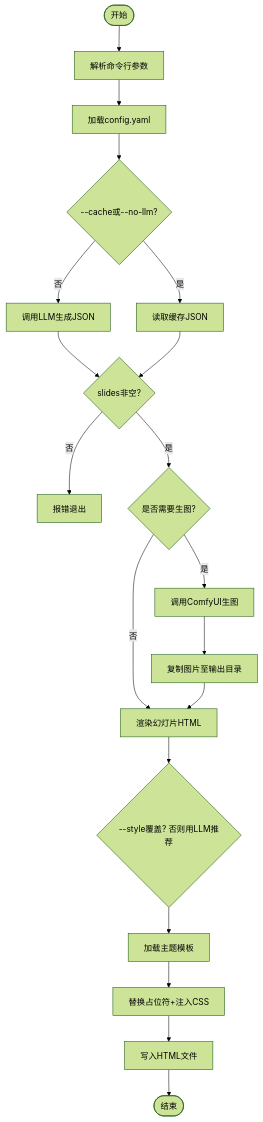
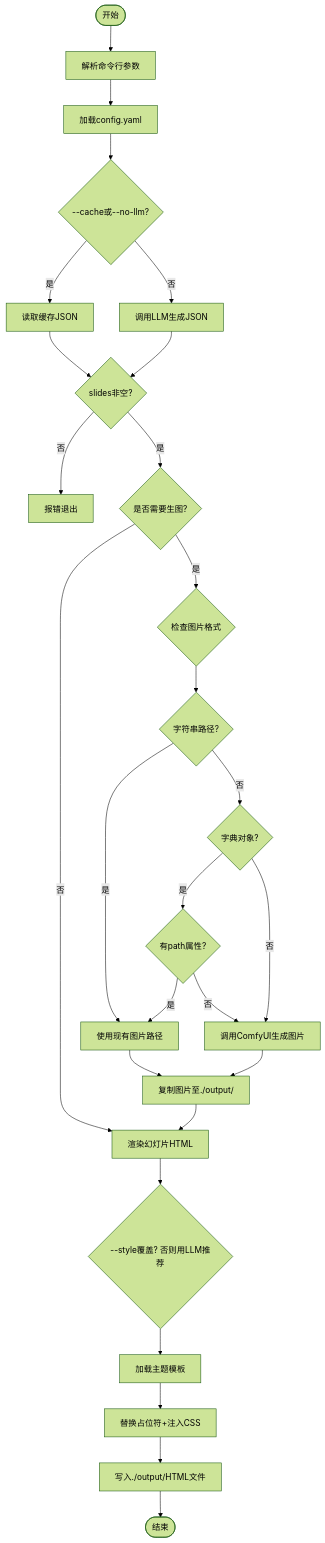
The third of 6 diagrams in .qoder/repowiki/zh/content/技能系统/演示文稿技能/PPTGen 技能.md (swond-Mao/Tiffa), drawn with Mermaid (forest theme) before and after one commit. The commit also changed other lines of this file and 73 other files, not shown here.

First line of the commit message:
feat: Tiffa 品牌图标 + Computer Use v2 + WebP 静默崩修复

````diff
--- a/.qoder/repowiki/zh/content/技能系统/演示文稿技能/PPTGen 技能.md
+++ b/.qoder/repowiki/zh/content/技能系统/演示文稿技能/PPTGen 技能.md
@@ -138,21 +154,29 @@
 ```mermaid
 flowchart TD
 Start(["开始"]) --> ParseArgs["解析命令行参数"]
 ParseArgs --> LoadCfg["加载config.yaml"]
 LoadCfg --> CheckCache{"--cache或--no-llm?"}
 CheckCache -- 是 --> ReadCache["读取缓存JSON"]
 CheckCache -- 否 --> CallLLM["调用LLM生成JSON"]
 CallLLM --> ValidateSlides{"slides非空?"}
 ReadCache --> ValidateSlides
 ValidateSlides -- 否 --> ExitErr["报错退出"]
 ValidateSlides -- 是 --> GenImages{"是否需要生图?"}
 GenImages -- 否 --> RenderSlides["渲染幻灯片HTML"]
-GenImages -- 是 --> ComfyCall["调用ComfyUI生图"]
-ComfyCall --> CopyImg["复制图片至输出目录"]
+GenImages -- 是 --> ImageType{"检查图片格式"}
+ImageType --> StringPath{"字符串路径?"}
+StringPath -- 是 --> UseExisting["使用现有图片路径"]
+StringPath -- 否 --> DictPath{"字典对象?"}
+DictPath -- 是 --> HasPath{"有path属性?"}
+HasPath -- 是 --> UseExisting
+HasPath -- 否 --> PromptGen["调用ComfyUI生成图片"]
+DictPath -- 否 --> PromptGen
+PromptGen --> CopyImg["复制图片至./output/"]
+UseExisting --> CopyImg
 CopyImg --> RenderSlides
 RenderSlides --> PickStyle{"--style覆盖? 否则用LLM推荐"}
 PickStyle --> LoadTpl["加载主题模板"]
 LoadTpl --> Replace["替换占位符+注入CSS"]
-Replace --> WriteOut["写入HTML文件"]
+Replace --> WriteOut["写入./output/HTML文件"]
 WriteOut --> End(["结束"])
 ```
````
